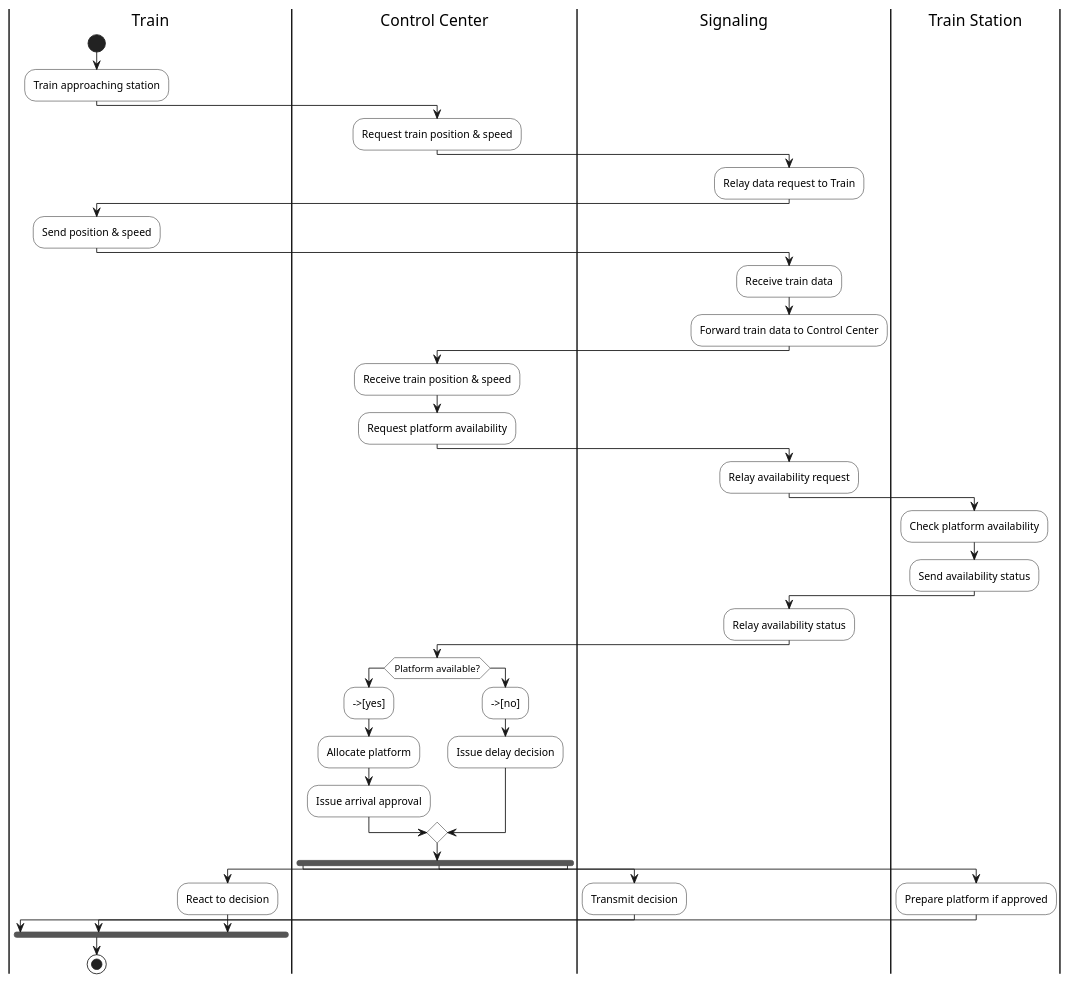
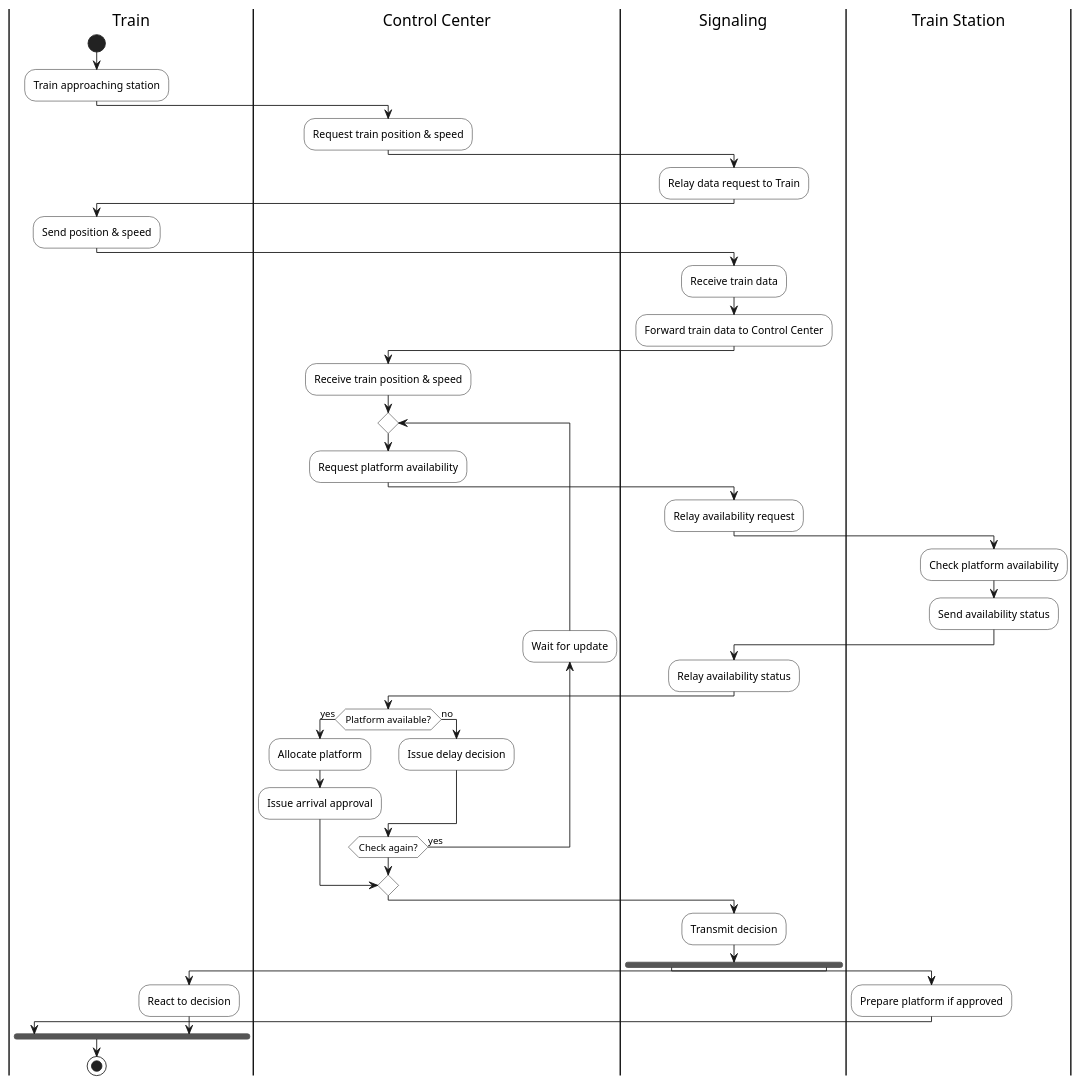
One commit to nachimageshnachi/Requirements-Engineering changed the diagram in Functional Analysis/Scenario 1/ControlCenter.puml. Above: the diagram before and after it, drawn with PlantUML. The commit also changed 8 other files, not shown here.

Commit message:
Initial commit: Added station operation diagrams

```diff
--- a/Functional Analysis/Scenario 1/ControlCenter.puml
+++ b/Functional Analysis/Scenario 1/ControlCenter.puml
@@ -1,63 +1,66 @@
 @startuml
 skinparam monochrome true
+skinparam packageStyle rectangle
 skinparam activity {
   BackgroundColor White
   BorderColor Black
 }
 
 |Train|
 start
 :Train approaching station;
 
 |Control Center|
 :Request train position & speed;
 
 |Signaling|
 :Relay data request to Train;
 
 |Train|
 :Send position & speed;
 
 |Signaling|
 :Receive train data;
 :Forward train data to Control Center;
 
 |Control Center|
 :Receive train position & speed;
-:Request platform availability;
+
+repeat
+  :Request platform availability;
+
+  |Signaling|
+  :Relay availability request;
+
+  |Train Station|
+  :Check platform availability;
+  :Send availability status;
+
+  |Signaling|
+  :Relay availability status;
+
+  |Control Center|
+  if (Platform available?) then (yes)
+    :Allocate platform;
+    :Issue arrival approval;
+    break
+  else (no)
+    :Issue delay decision;
+  endif
+backward:Wait for update;
+repeat while (Check again?) is (yes)
 
 |Signaling|
-:Relay availability request;
-
-|Train Station|
-:Check platform availability;
-:Send availability status;
-
-|Signaling|
-:Relay availability status;
-
-|Control Center|
-if (Platform available?) then
-  -->[yes]
-  :Allocate platform;
-  :Issue arrival approval;
-else
-  -->[no]
-  :Issue delay decision;
-endif
+:Transmit decision;
 
 fork
-  |Signaling|
-  :Transmit decision;
-
-fork again
   |Train Station|
   :Prepare platform if approved;
 
 fork again
   |Train|
   :React to decision;
 end fork
 
 stop
 @enduml
```
